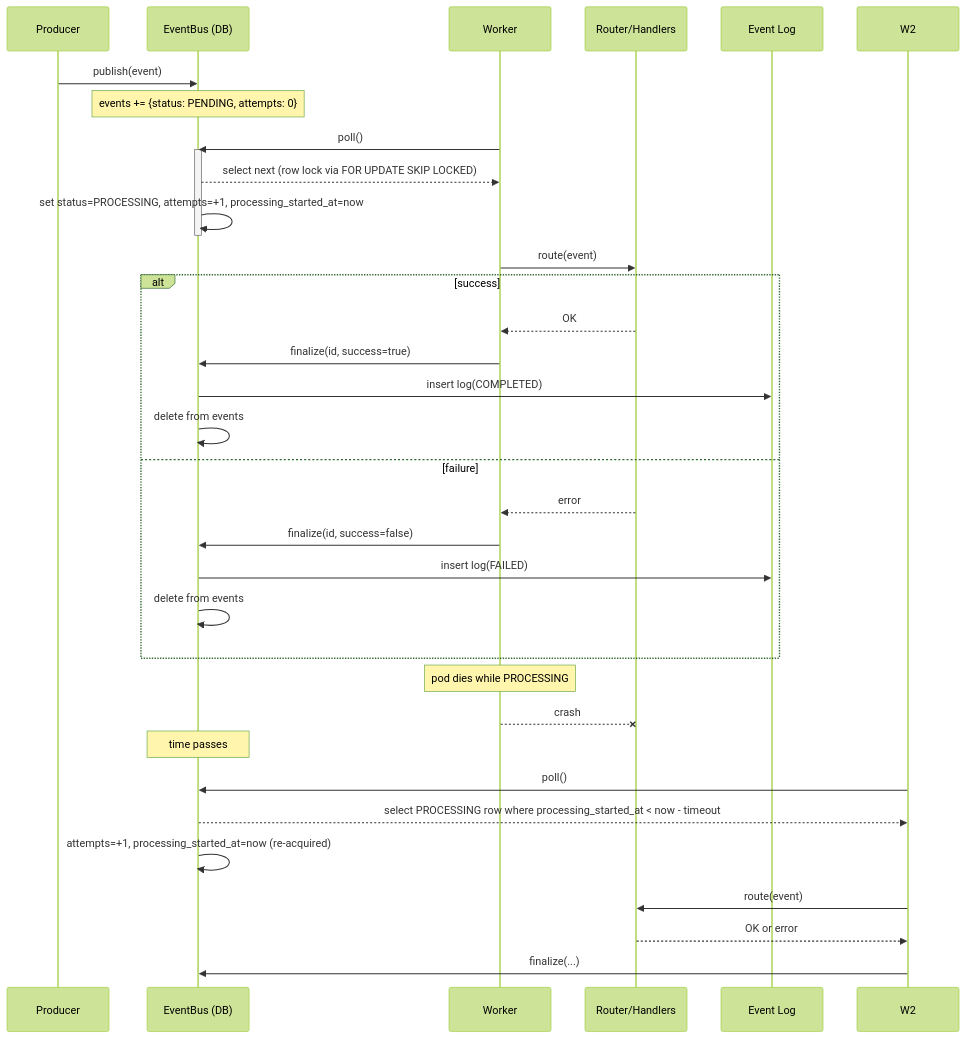
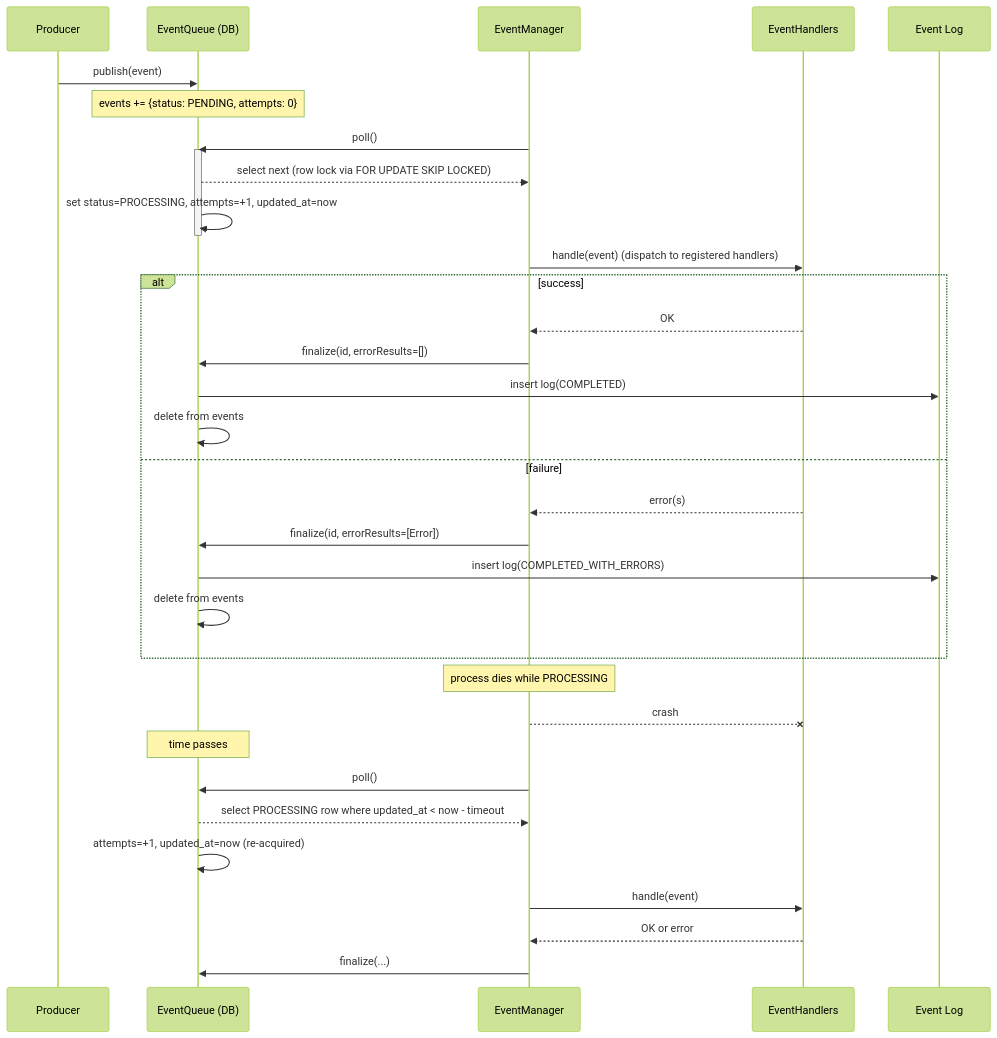
Before and after one commit to navikt/ekspertbistand: the diagram in backend/src/main/kotlin/no/nav/ekspertbistand/event/README.md, drawn with Mermaid (forest theme). The commit also changed other lines of this file and 6 other files, not shown here.

````diff
--- a/backend/src/main/kotlin/no/nav/ekspertbistand/event/README.md
+++ b/backend/src/main/kotlin/no/nav/ekspertbistand/event/README.md
@@ -25,40 +26,40 @@
 ```mermaid
 sequenceDiagram
     participant P as Producer
-    participant EB as EventBus (DB)
-    participant W as Worker
-    participant R as Router/Handlers
+    participant Q as EventQueue (DB)
+    participant M as EventManager
+    participant H as EventHandlers
     participant L as Event Log
 
-    P->>EB: publish(event)
-    Note over EB: events += {status: PENDING, attempts: 0}
+    P->>Q: publish(event)
+    Note over Q: events += {status: PENDING, attempts: 0}
 
-    W->>EB: poll()
-    activate EB
-    EB-->>W: select next (row lock via FOR UPDATE SKIP LOCKED)
-    EB->>EB: set status=PROCESSING, attempts=+1, processing_started_at=now
-    deactivate EB
+    M->>Q: poll()
+    activate Q
+    Q-->>M: select next (row lock via FOR UPDATE SKIP LOCKED)
+    Q->>Q: set status=PROCESSING, attempts=+1, updated_at=now
+    deactivate Q
 
-    W->>R: route(event)
+    M->>H: handle(event) (dispatch to registered handlers)
     alt success
-      R-->>W: OK
-      W->>EB: finalize(id, success=true)
-      EB->>L: insert log(COMPLETED)
-      EB->>EB: delete from events
+      H-->>M: OK
+      M->>Q: finalize(id, errorResults=[])
+      Q->>L: insert log(COMPLETED)
+      Q->>Q: delete from events
     else failure
-      R-->>W: error
-      W->>EB: finalize(id, success=false)
-      EB->>L: insert log(FAILED)
-      EB->>EB: delete from events
+      H-->>M: error(s)
+      M->>Q: finalize(id, errorResults=[Error])
+      Q->>L: insert log(COMPLETED_WITH_ERRORS)
+      Q->>Q: delete from events
     end
 
-    Note over W: pod dies while PROCESSING
-    W--xR: crash
-    Note over EB: time passes
-    W2->>EB: poll()
-    EB-->>W2: select PROCESSING row where processing_started_at < now - timeout
-    EB->>EB: attempts=+1, processing_started_at=now (re-acquired)
-    W2->>R: route(event)
-    R-->>W2: OK or error
-    W2->>EB: finalize(...)
+    Note over M: process dies while PROCESSING
+    M--xH: crash
+    Note over Q: time passes
+    M->>Q: poll()
+    Q-->>M: select PROCESSING row where updated_at < now - timeout
+    Q->>Q: attempts=+1, updated_at=now (re-acquired)
+    M->>H: handle(event)
+    H-->>M: OK or error
+    M->>Q: finalize(...)
 ```
````
